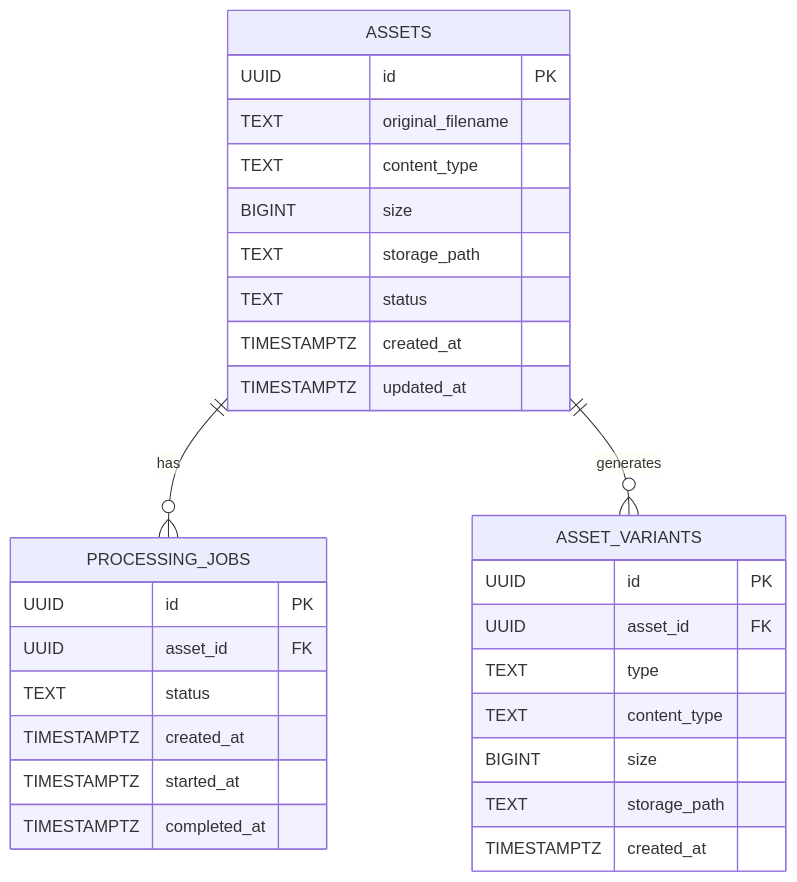
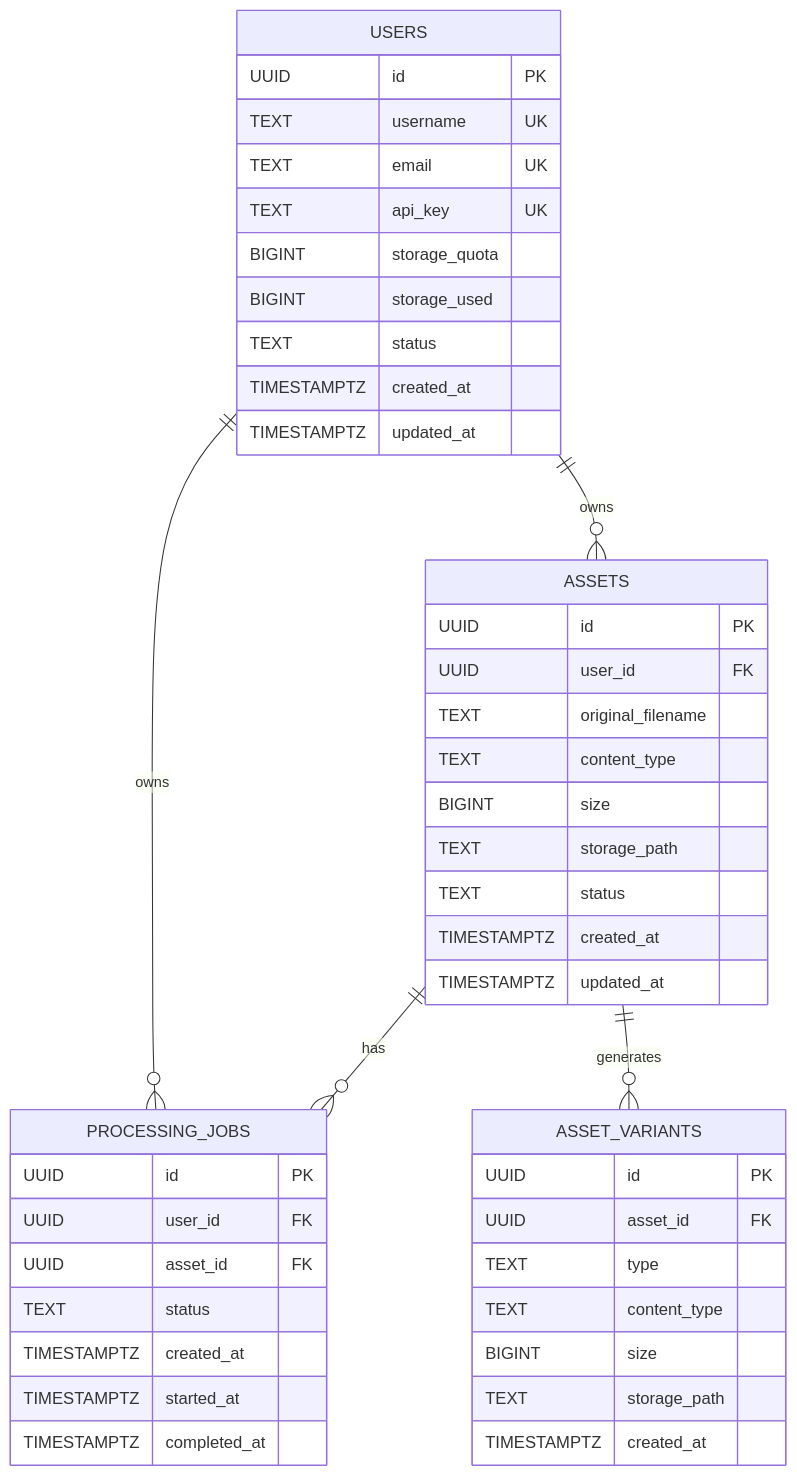
One commit to joshua-sajeev/tessera changed the diagram in docs/architecture/05-database.md. Above: the diagram before and after it, drawn with Mermaid. The commit also changed other lines of this file and 3 other files, not shown here.

````diff
--- a/docs/architecture/05-database.md
+++ b/docs/architecture/05-database.md
@@ -5,35 +5,51 @@
 ```mermaid
 erDiagram
+    USERS ||--o{ ASSETS : owns
+    USERS ||--o{ PROCESSING_JOBS : owns
     ASSETS ||--o{ PROCESSING_JOBS : has
     ASSETS ||--o{ ASSET_VARIANTS : generates
 
+    USERS {
+        UUID id PK
+        TEXT username UK
+        TEXT email UK
+        TEXT api_key UK
+        BIGINT storage_quota
+        BIGINT storage_used
+        TEXT status
+        TIMESTAMPTZ created_at
+        TIMESTAMPTZ updated_at
+    }
+
     ASSETS {
         UUID id PK
+        UUID user_id FK
         TEXT original_filename
         TEXT content_type
         BIGINT size
         TEXT storage_path
         TEXT status
         TIMESTAMPTZ created_at
         TIMESTAMPTZ updated_at
     }
 
     PROCESSING_JOBS {
         UUID id PK
+        UUID user_id FK
         UUID asset_id FK
         TEXT status
         TIMESTAMPTZ created_at
         TIMESTAMPTZ started_at
         TIMESTAMPTZ completed_at
     }
 
     ASSET_VARIANTS {
         UUID id PK
         UUID asset_id FK
         TEXT type
         TEXT content_type
         BIGINT size
         TEXT storage_path
         TIMESTAMPTZ created_at
     }
 ```
````
